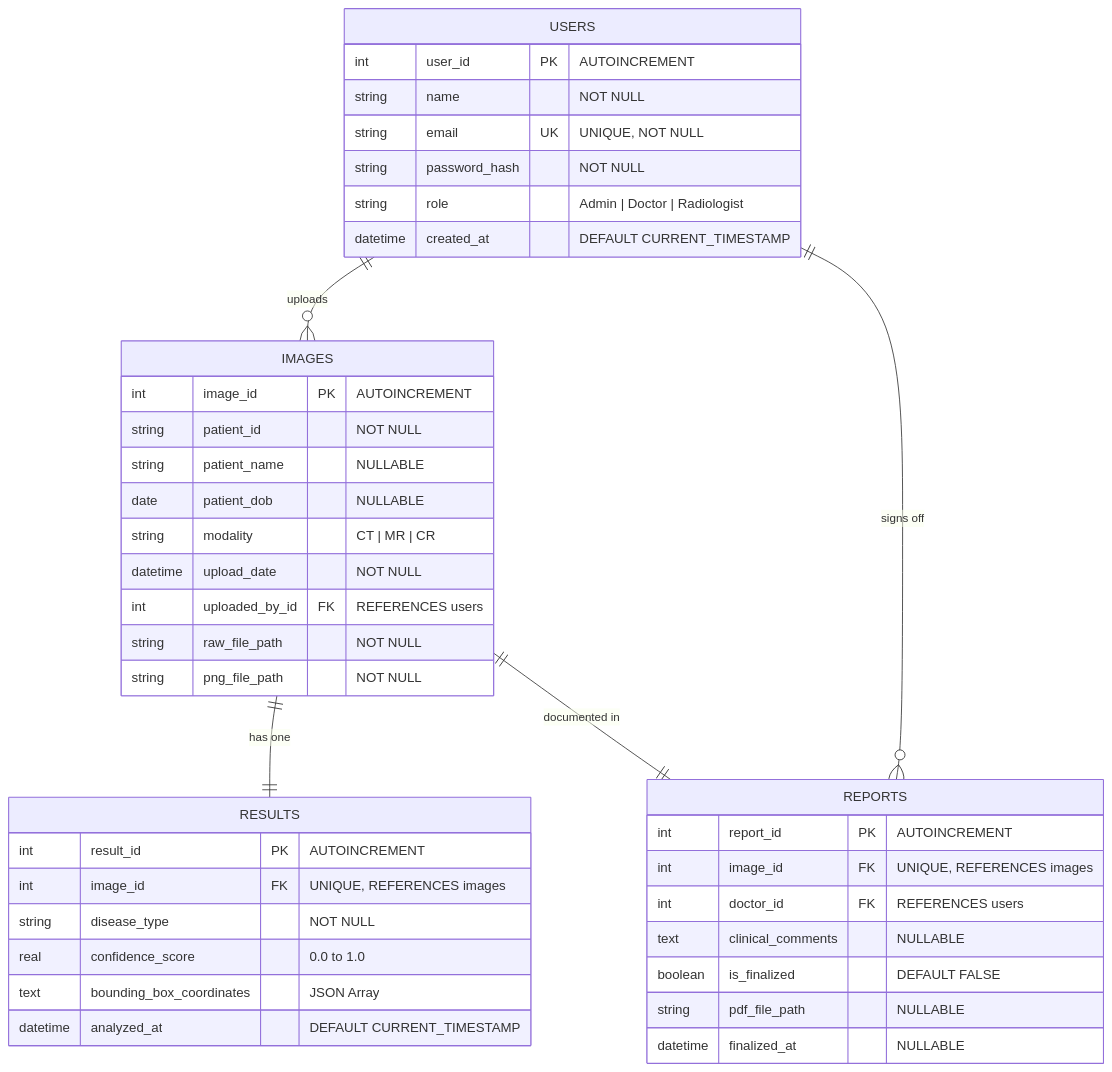
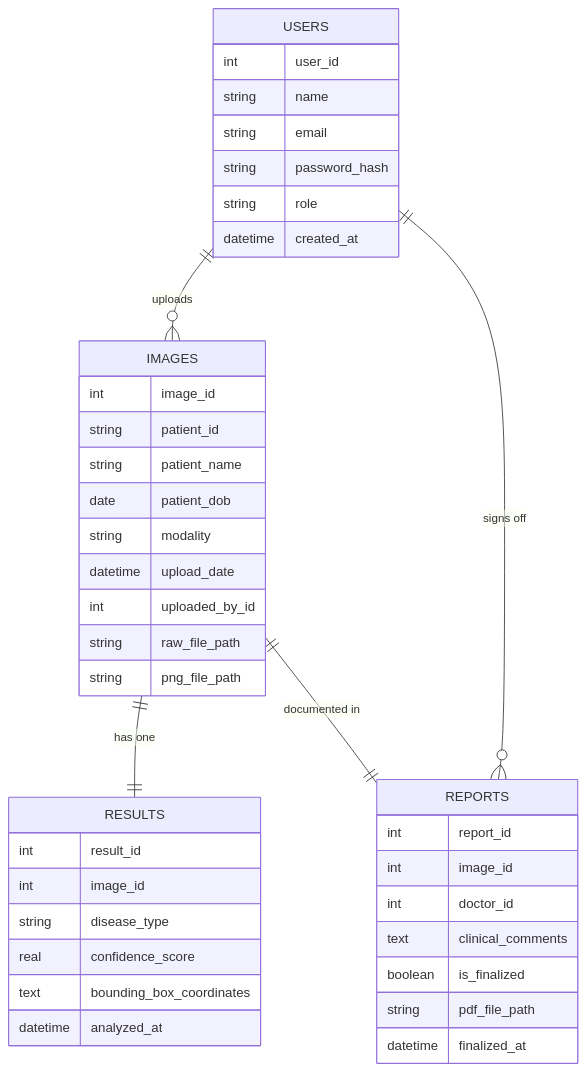
One commit to alirezakavianifar/Medical-Image-Based-Disease-Detection-and-Classification-System changed the diagram in diagrams/database_schema_erd.md. Above: the diagram before and after it, drawn with Mermaid. The commit also changed other lines of this file and 7 other files, not shown here.

Commit message:
INFRA: Fix all Mermaid diagrams for GitHub v8.8.0 compatibility

````diff
--- a/diagrams/database_schema_erd.md
+++ b/diagrams/database_schema_erd.md
@@ -12,47 +12,47 @@
 ```mermaid
 erDiagram
     USERS {
-        int user_id PK "AUTOINCREMENT"
-        string name "NOT NULL"
-        string email UK "UNIQUE, NOT NULL"
-        string password_hash "NOT NULL"
-        string role "Admin | Doctor | Radiologist"
-        datetime created_at "DEFAULT CURRENT_TIMESTAMP"
+        int user_id
+        string name
+        string email
+        string password_hash
+        string role
+        datetime created_at
     }
 
     IMAGES {
-        int image_id PK "AUTOINCREMENT"
-        string patient_id "NOT NULL"
-        string patient_name "NULLABLE"
-        date patient_dob "NULLABLE"
-        string modality "CT | MR | CR"
-        datetime upload_date "NOT NULL"
-        int uploaded_by_id FK "REFERENCES users"
-        string raw_file_path "NOT NULL"
-        string png_file_path "NOT NULL"
+        int image_id
+        string patient_id
+        string patient_name
+        date patient_dob
+        string modality
+        datetime upload_date
+        int uploaded_by_id
+        string raw_file_path
+        string png_file_path
     }
 
     RESULTS {
-        int result_id PK "AUTOINCREMENT"
-        int image_id FK "UNIQUE, REFERENCES images"
-        string disease_type "NOT NULL"
-        real confidence_score "0.0 to 1.0"
-        text bounding_box_coordinates "JSON Array"
-        datetime analyzed_at "DEFAULT CURRENT_TIMESTAMP"
+        int result_id
+        int image_id
+        string disease_type
+        real confidence_score
+        text bounding_box_coordinates
+        datetime analyzed_at
     }
 
     REPORTS {
-        int report_id PK "AUTOINCREMENT"
-        int image_id FK "UNIQUE, REFERENCES images"
-        int doctor_id FK "REFERENCES users"
-        text clinical_comments "NULLABLE"
-        boolean is_finalized "DEFAULT FALSE"
-        string pdf_file_path "NULLABLE"
-        datetime finalized_at "NULLABLE"
+        int report_id
+        int image_id
+        int doctor_id
+        text clinical_comments
+        boolean is_finalized
+        string pdf_file_path
+        datetime finalized_at
     }
 
     USERS ||--o{ IMAGES : "uploads"
     USERS ||--o{ REPORTS : "signs off"
     IMAGES ||--|| RESULTS : "has one"
     IMAGES ||--|| REPORTS : "documented in"
 ```
````
